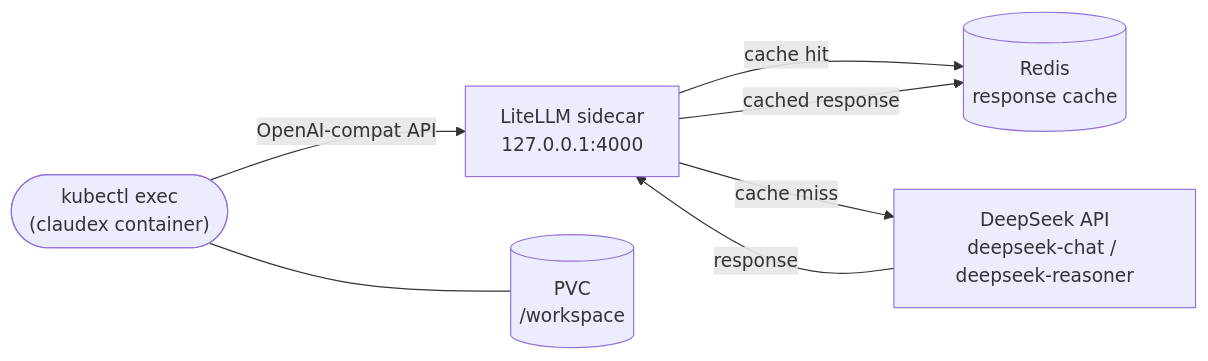
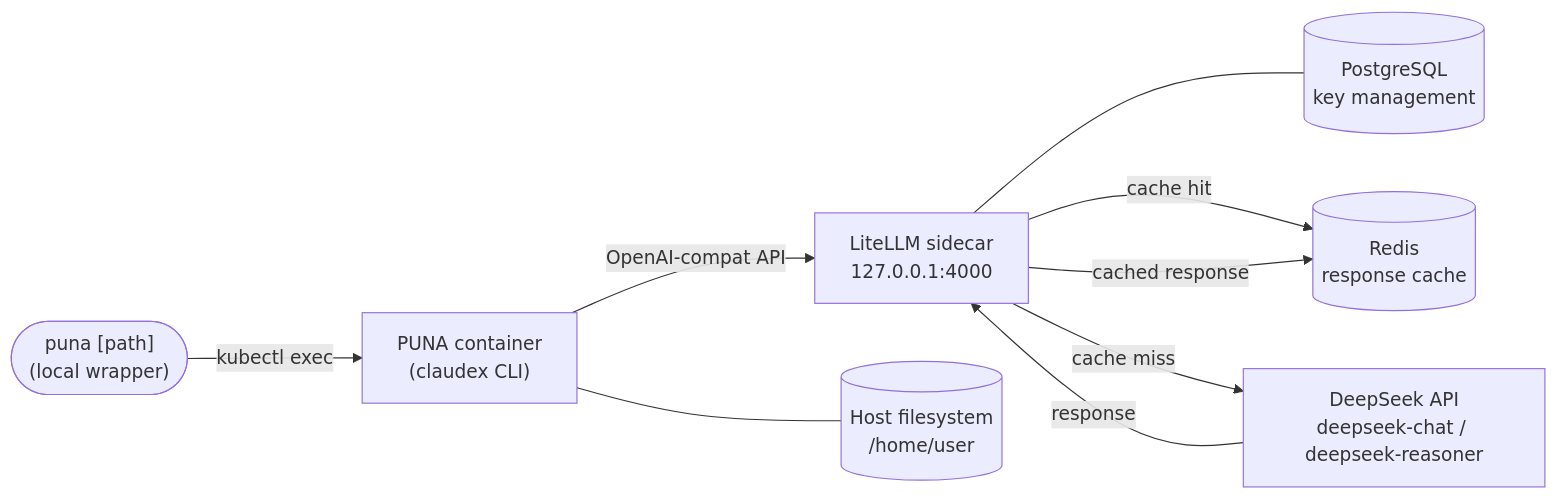
Before and after one commit to jjcorderomejia/puna: the diagram in README.md, drawn with Mermaid. The commit also changed other lines of this file, not shown here.

Commit message:
docs: update README — PostgreSQL, PUNA branding, full stack

````diff
--- a/README.md
+++ b/README.md
@@ -16,15 +16,19 @@
 ```mermaid
 flowchart LR
-    Dev(["kubectl exec\n(claudex container)"])
+    Dev(["puna [path]\n(local wrapper)"])
+    PUNA["PUNA container\n(claudex CLI)"]
     LiteLLM["LiteLLM sidecar\n127.0.0.1:4000"]
+    Postgres[("PostgreSQL\nkey management")]
     Redis[("Redis\nresponse cache")]
     DeepSeek["DeepSeek API\ndeepseek-chat / deepseek-reasoner"]
-    Workspace[("PVC\n/workspace")]
+    FS[("Host filesystem\n/home/user")]
 
-    Dev -->|OpenAI-compat API| LiteLLM
+    Dev -->|kubectl exec| PUNA
+    PUNA -->|OpenAI-compat API| LiteLLM
+    LiteLLM --- Postgres
     LiteLLM -->|cache hit| Redis
     LiteLLM -->|cache miss| DeepSeek
     DeepSeek -->|response| LiteLLM
     LiteLLM -->|cached response| Redis
-    Dev --- Workspace
+    PUNA --- FS
 ```
````
